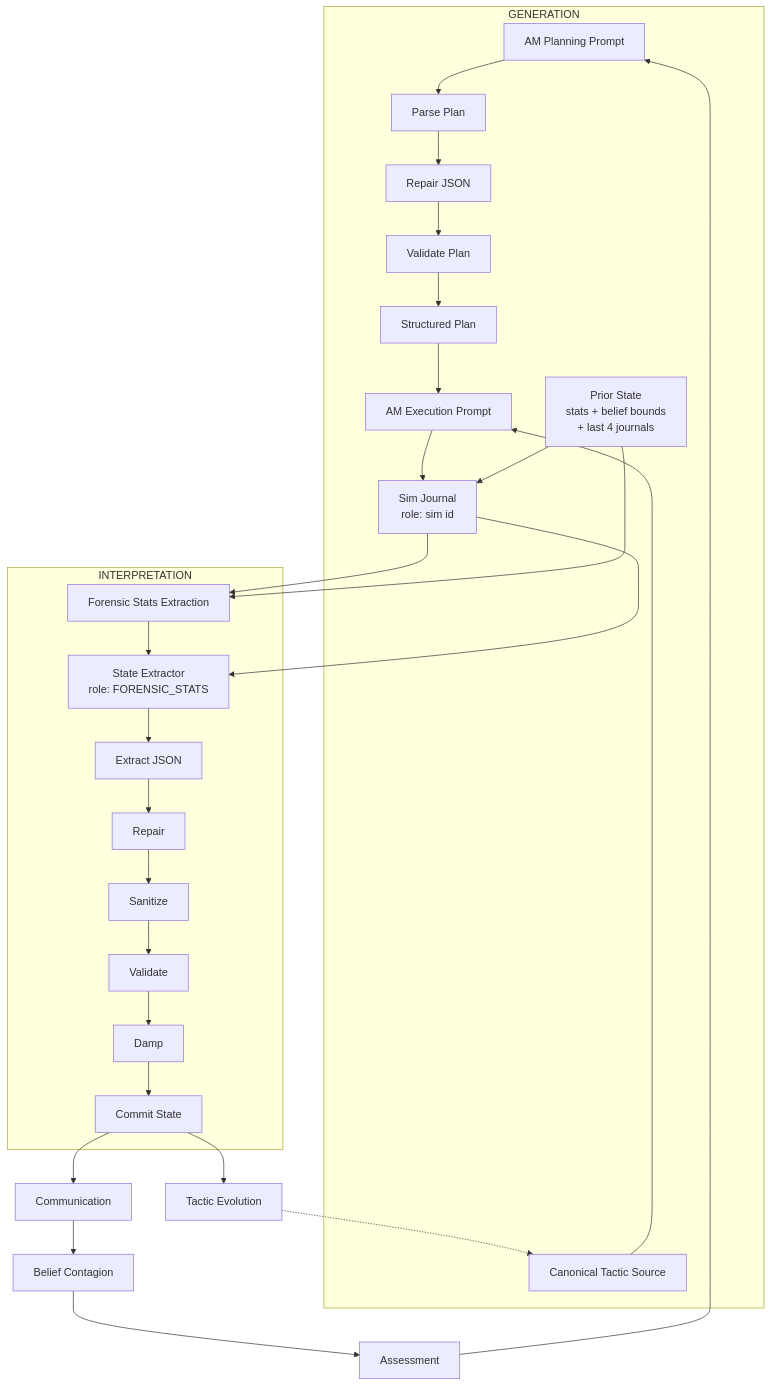
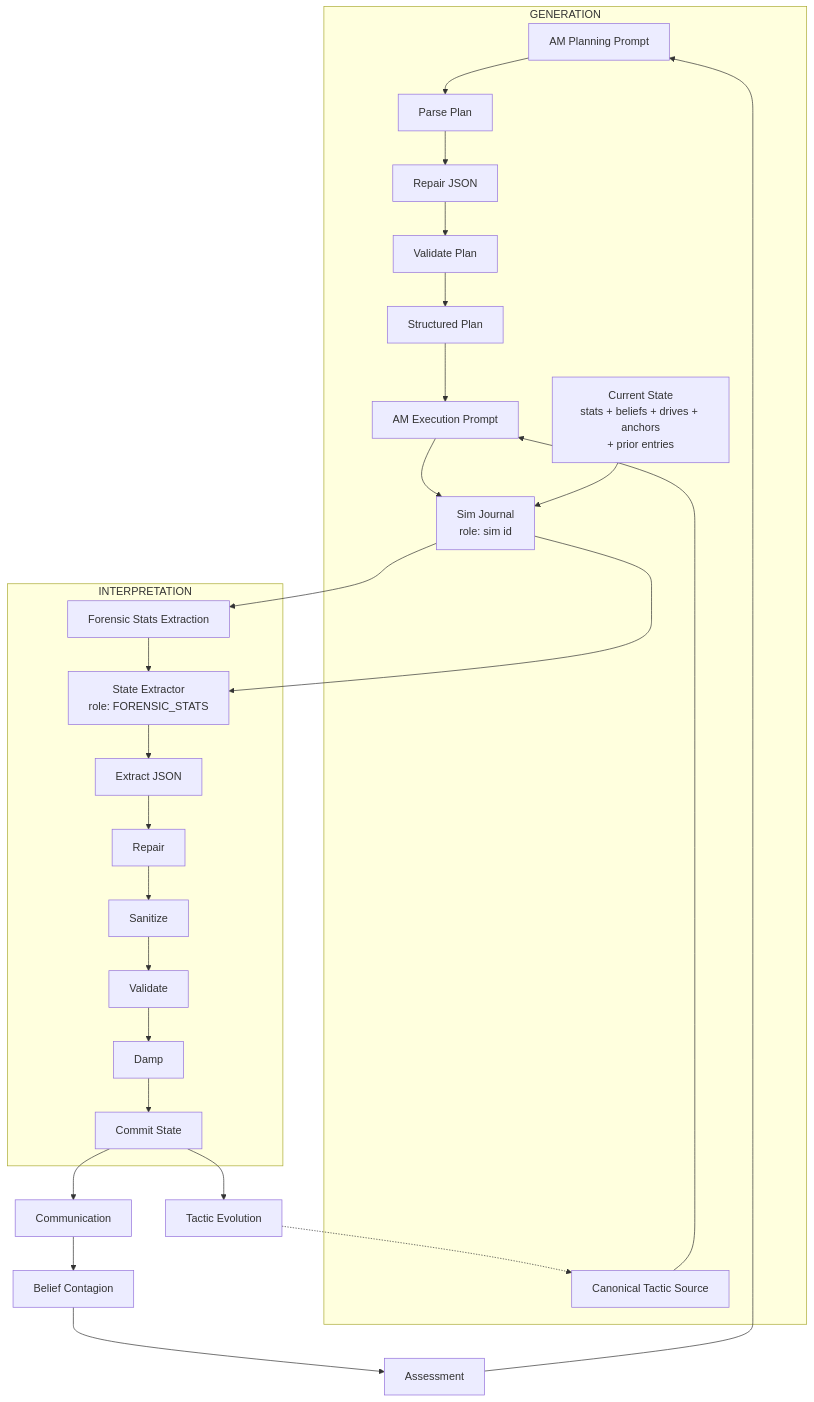
The second of 8 diagrams in README.md (soyuz43/I-have-no-mouth-and-my-tokens-must-scream), drawn with Mermaid before and after one commit. The commit also changed other lines of this file and 4 other files, not shown here.

Commit message:
feat: make stats extraction blind to prior state

````diff
--- a/README.md
+++ b/README.md
@@ -77,82 +77,81 @@
 ```mermaid
 flowchart TD
 
 %% ========================
 %% PASS 1 — GENERATION
 %% ========================
 
 subgraph GENERATION
 
   AM_PLAN_RAW[AM Planning Prompt]
 
   PLAN_PARSE[Parse Plan]
   PLAN_REPAIR[Repair JSON]
   PLAN_VALIDATE[Validate Plan]
 
   PLAN[Structured Plan]
 
   TACTICS[Canonical Tactic Source]
   AM_EXEC[AM Execution Prompt]
 
   SIM_JOURNAL[Sim Journal<br/>role: sim id]
 
-  PRIOR_STATE[Prior State<br/>stats + belief bounds<br/>+ last 4 journals]
+  CURRENT_STATE[Current State<br/>stats + beliefs + drives + anchors<br/>+ prior entries]
 
   AM_PLAN_RAW --> PLAN_PARSE
   PLAN_PARSE --> PLAN_REPAIR --> PLAN_VALIDATE --> PLAN
 
   PLAN --> AM_EXEC
   TACTICS --> AM_EXEC
 
   AM_EXEC --> SIM_JOURNAL
-  PRIOR_STATE --> SIM_JOURNAL
+  CURRENT_STATE --> SIM_JOURNAL
 
 end
 
 %% ========================
 %% PASS 2 — INTERPRETATION
 %% ========================
 
 subgraph INTERPRETATION
 
   EXTRACT_PROMPT[State Extractor<br/>role: FORENSIC_STATS]
   STATS_CALL[Forensic Stats Extraction]
 
   JSON_EXTRACT[Extract JSON]
   REPAIR[Repair]
   SANITIZE[Sanitize]
   VALIDATE[Validate]
   DAMP[Damp]
   COMMIT[Commit State]
 
   EXTRACT_PROMPT --> JSON_EXTRACT
   STATS_CALL --> EXTRACT_PROMPT
   JSON_EXTRACT --> REPAIR --> SANITIZE --> VALIDATE --> DAMP --> COMMIT
 
 end
 
 %% ========================
 %% FLOW
 %% ========================
 
 SIM_JOURNAL --> EXTRACT_PROMPT
 SIM_JOURNAL --> STATS_CALL
-PRIOR_STATE --> STATS_CALL
 
 %% ========================
 %% SOCIAL + LOOP
 %% ========================
 
 COMMIT --> COMMS[Communication]
 COMMS --> CONTAGION[Belief Contagion]
 
 CONTAGION --> ASSESS[Assessment]
 ASSESS --> AM_PLAN_RAW
 
 %% ========================
 %% CONDITIONAL BRANCH
 %% ========================
 
 COMMIT --> EVOLVE[Tactic Evolution]
 EVOLVE -.-> TACTICS
 ```
````
